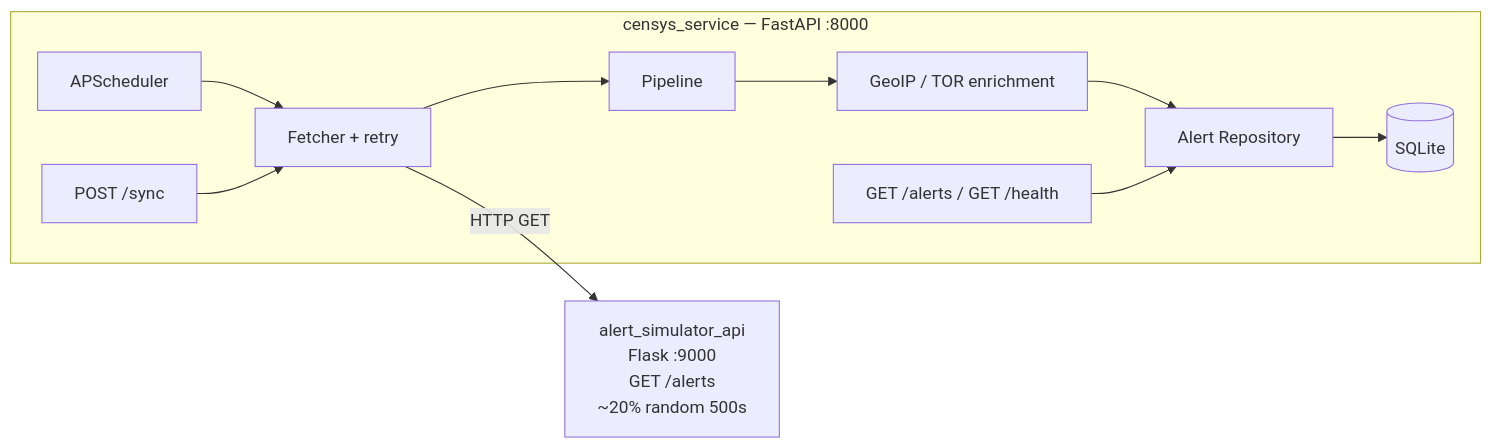
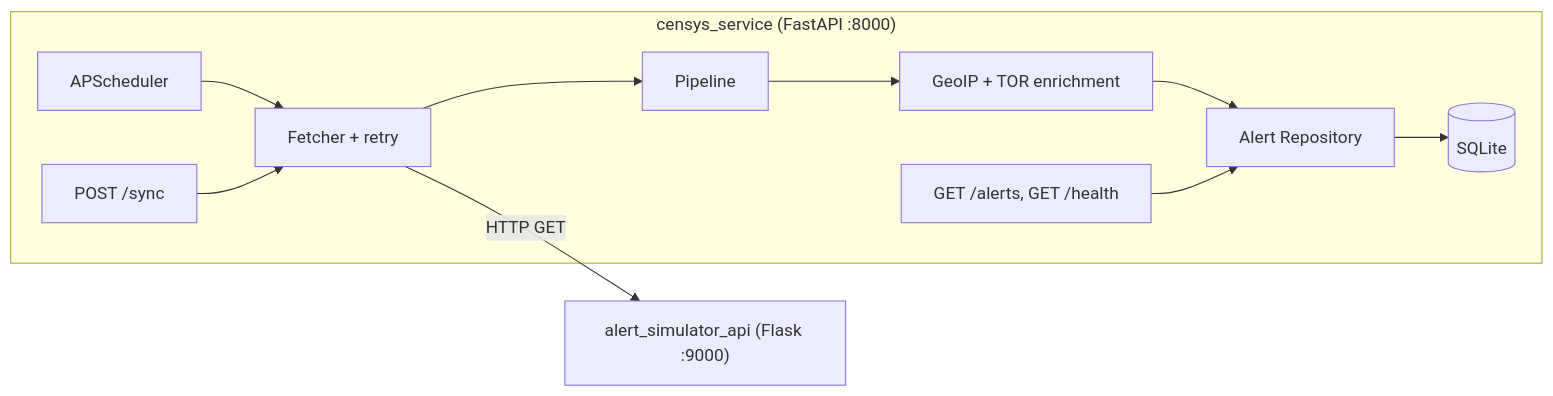
One commit to gvanvari/censys-project changed the diagram in README.md. Above: the diagram before and after it, drawn with Mermaid.

Commit message:
arch diag fix

````diff
--- a/README.md
+++ b/README.md
@@ -27,16 +27,16 @@
 ```mermaid
 flowchart LR
-    M["alert_simulator_api\nFlask :9000\nGET /alerts\n~20% random 500s"]
+    M["alert_simulator_api (Flask :9000)"]
 
-    subgraph svc["censys_service  —  FastAPI :8000"]
+    subgraph svc["censys_service (FastAPI :8000)"]
         SCHED["APScheduler"] --> FETCH
         MANUAL["POST /sync"] --> FETCH
         FETCH["Fetcher + retry"] --> PIPE["Pipeline"]
-        PIPE --> ENRICH["GeoIP / TOR enrichment"]
+        PIPE --> ENRICH["GeoIP + TOR enrichment"]
         ENRICH --> REPO["Alert Repository"]
         REPO --> DB[("SQLite")]
-        READ["GET /alerts / GET /health"] --> REPO
+        READ["GET /alerts, GET /health"] --> REPO
     end
 
     FETCH -->|HTTP GET| M
 ```
````
